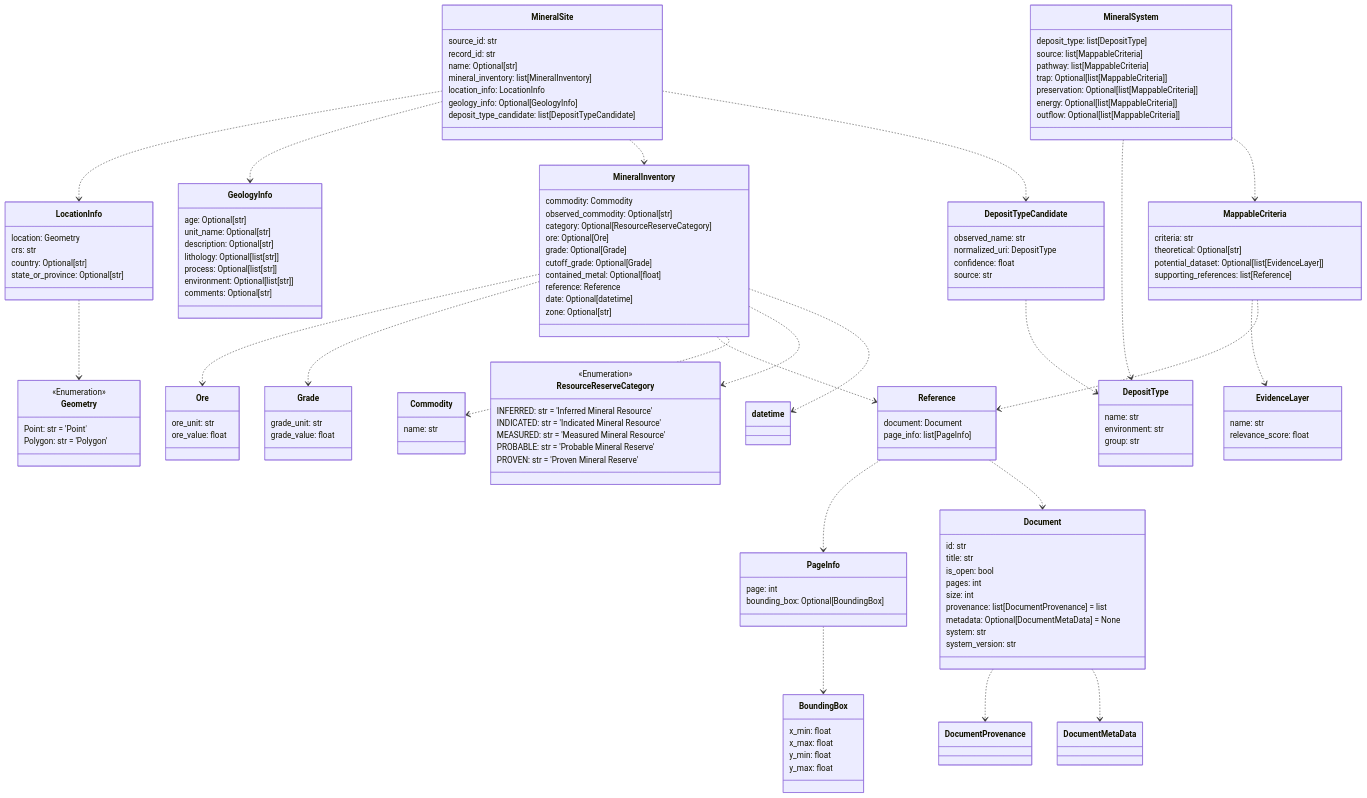
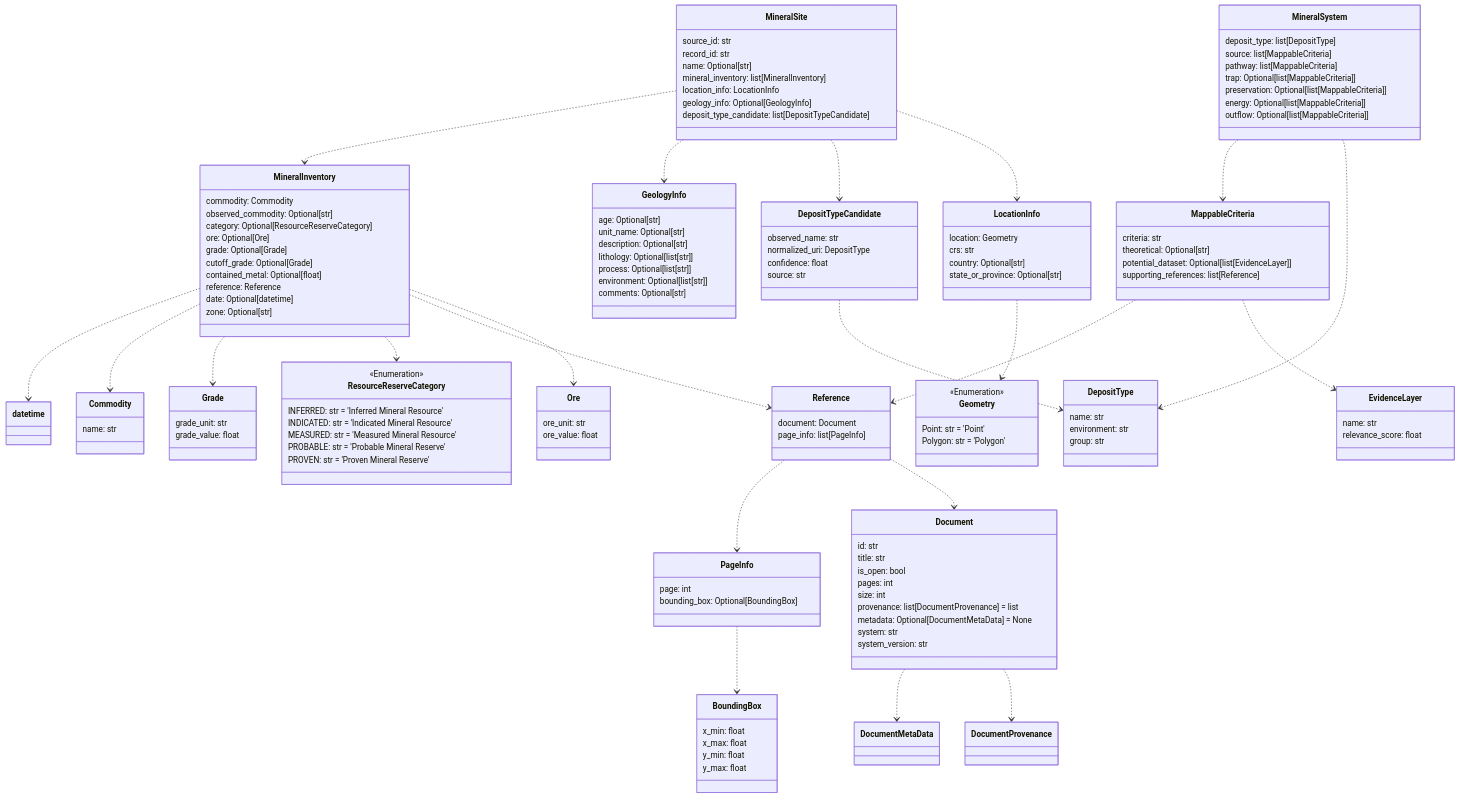
Before and after one commit to DARPA-CRITICALMAAS/cdr_schemas: the tenth of 12 diagrams in README.md, drawn with Mermaid. The commit also changed other lines of this file and 2 other files, not shown here.

````diff
--- a/README.md
+++ b/README.md
@@ -680,35 +696,5 @@
 ```mermaid
 classDiagram
-
-    class MineralSystem {
-        deposit_type: list[DepositType]
-        source: list[MappableCriteria]
-        pathway: list[MappableCriteria]
-        trap: Optional[list[MappableCriteria]]
-        preservation: Optional[list[MappableCriteria]]
-        energy: Optional[list[MappableCriteria]]
-        outflow: Optional[list[MappableCriteria]]
-    }
-
-    class PageInfo {
-        page: int
-        bounding_box: Optional[BoundingBox]
-    }
-
-    class Commodity {
-        name: str
-    }
-
-    class Geometry {
-        <<Enumeration>>
-        Point: str = 'Point'
-        Polygon: str = 'Polygon'
-    }
-
-    class Grade {
-        grade_unit: str
-        grade_value: float
-    }
 
     class MineralInventory {
         commodity: Commodity
@@ -723,46 +709,6 @@
         zone: Optional[str]
     }
 
-    class MappableCriteria {
-        criteria: str
-        theoretical: Optional[str]
-        potential_dataset: Optional[list[EvidenceLayer]]
-        supporting_references: list[Reference]
-    }
-
-    class DepositTypeCandidate {
-        observed_name: str
-        normalized_uri: DepositType
-        confidence: float
-        source: str
-    }
-
-    class GeologyInfo {
-        age: Optional[str]
-        unit_name: Optional[str]
-        description: Optional[str]
-        lithology: Optional[list[str]]
-        process: Optional[list[str]]
-        environment: Optional[list[str]]
-        comments: Optional[str]
-    }
-
-    class Ore {
-        ore_unit: str
-        ore_value: float
-    }
-
-    class DepositType {
-        name: str
-        environment: str
-        group: str
-    }
-
-    class EvidenceLayer {
-        name: str
-        relevance_score: float
-    }
-
     class MineralSite {
         source_id: str
         record_id: str
@@ -771,6 +717,32 @@
         location_info: LocationInfo
         geology_info: Optional[GeologyInfo]
         deposit_type_candidate: list[DepositTypeCandidate]
+    }
+
+    class BoundingBox {
+        x_min: float
+        x_max: float
+        y_min: float
+        y_max: float
+    }
+
+    class MappableCriteria {
+        criteria: str
+        theoretical: Optional[str]
+        potential_dataset: Optional[list[EvidenceLayer]]
+        supporting_references: list[Reference]
+    }
+
+    class Document {
+        id: str
+        title: str
+        is_open: bool
+        pages: int
+        size: int
+        provenance: list[DocumentProvenance] = list
+        metadata: Optional[DocumentMetaData] = None
+        system: str
+        system_version: str
     }
 
     class ResourceReserveCategory {
@@ -789,50 +761,94 @@
         state_or_province: Optional[str]
     }
 
+    class PageInfo {
+        page: int
+        bounding_box: Optional[BoundingBox]
+    }
+
+    class MineralSystem {
+        deposit_type: list[DepositType]
+        source: list[MappableCriteria]
+        pathway: list[MappableCriteria]
+        trap: Optional[list[MappableCriteria]]
+        preservation: Optional[list[MappableCriteria]]
+        energy: Optional[list[MappableCriteria]]
+        outflow: Optional[list[MappableCriteria]]
+    }
+
+    class Ore {
+        ore_unit: str
+        ore_value: float
+    }
+
+    class EvidenceLayer {
+        name: str
+        relevance_score: float
+    }
+
+    class Geometry {
+        <<Enumeration>>
+        Point: str = 'Point'
+        Polygon: str = 'Polygon'
+    }
+
+    class GeologyInfo {
+        age: Optional[str]
+        unit_name: Optional[str]
+        description: Optional[str]
+        lithology: Optional[list[str]]
+        process: Optional[list[str]]
+        environment: Optional[list[str]]
+        comments: Optional[str]
+    }
+
+    class Commodity {
+        name: str
+    }
+
+    class DepositTypeCandidate {
+        observed_name: str
+        normalized_uri: DepositType
+        confidence: float
+        source: str
+    }
+
+    class Grade {
+        grade_unit: str
+        grade_value: float
+    }
+
     class Reference {
         document: Document
         page_info: list[PageInfo]
     }
 
-    class BoundingBox {
-        x_min: float
-        x_max: float
-        y_min: float
-        y_max: float
-    }
-
-    class Document {
-        id: str
-        title: str
-        is_open: bool
-        pages: int
-        size: int
-        provenance: list[DocumentProvenance] = list
-        metadata: Optional[DocumentMetaData] = None
-        system: str
-        system_version: str
+    class DepositType {
+        name: str
+        environment: str
+        group: str
     }
 
     Document ..> DocumentMetaData
     Document ..> DocumentProvenance
     DepositTypeCandidate ..> DepositType
     PageInfo ..> BoundingBox
+    Reference ..> PageInfo
     Reference ..> Document
-    Reference ..> PageInfo
     MappableCriteria ..> Reference
     MappableCriteria ..> EvidenceLayer
     MineralSystem ..> MappableCriteria
     MineralSystem ..> DepositType
     MineralInventory ..> datetime
+    MineralInventory ..> Commodity
+    MineralInventory ..> Grade
     MineralInventory ..> ResourceReserveCategory
-    MineralInventory ..> Commodity
     MineralInventory ..> Reference
-    MineralInventory ..> Grade
     MineralInventory ..> Ore
     LocationInfo ..> Geometry
-    MineralSite ..> DepositTypeCandidate
     MineralSite ..> MineralInventory
     MineralSite ..> GeologyInfo
+    MineralSite ..> DepositTypeCandidate
     MineralSite ..> LocationInfo
 
 
````
